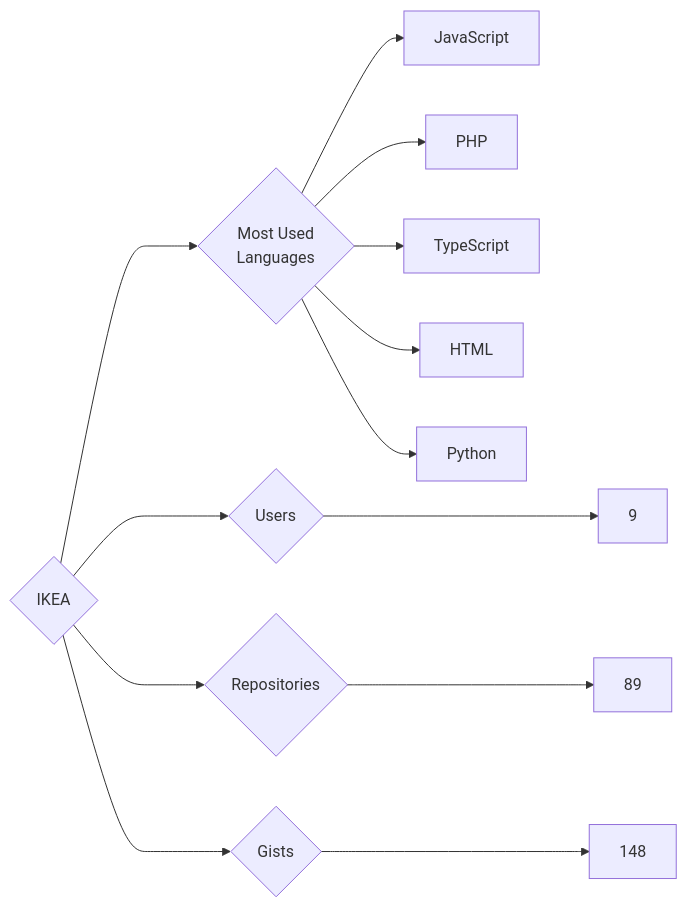
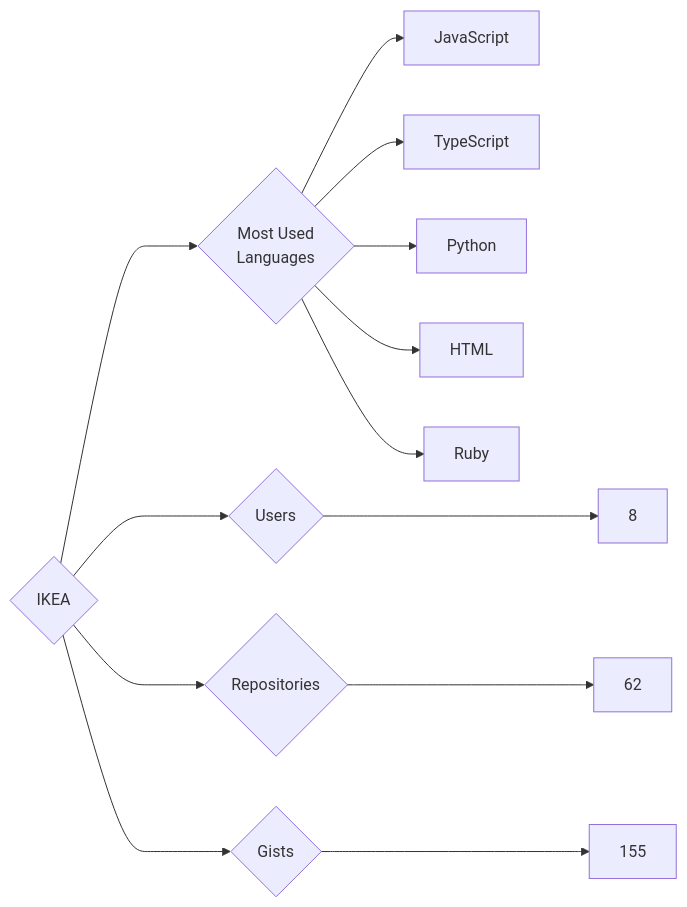
The diagram in targets/IKEA/README.md (trickest/insiders), drawn with Mermaid before and after one commit. The commit also changed 882 other files, not shown here.

````diff
--- a/targets/IKEA/README.md
+++ b/targets/IKEA/README.md
@@ -3,13 +3,13 @@
 ```mermaid
 graph LR
 COMPANY_NAME{IKEA}
-COMPANY_NAME ---> U{Users} ---> UN[9]
-COMPANY_NAME ---> R{Repositories} ---> RN[89]
-COMPANY_NAME ---> G{Gists} ---> GN[148]
+COMPANY_NAME ---> U{Users} ---> UN[8]
+COMPANY_NAME ---> R{Repositories} ---> RN[62]
+COMPANY_NAME ---> G{Gists} ---> GN[155]
 COMPANY_NAME ---> ML{Most Used<br>Languages}
 ML --> JavaScript[JavaScript]
-ML --> PHP[PHP]
 ML --> TypeScript[TypeScript]
+ML --> Python[Python]
 ML --> HTML[HTML]
-ML --> Python[Python]
+ML --> Ruby[Ruby]
 ```
````
